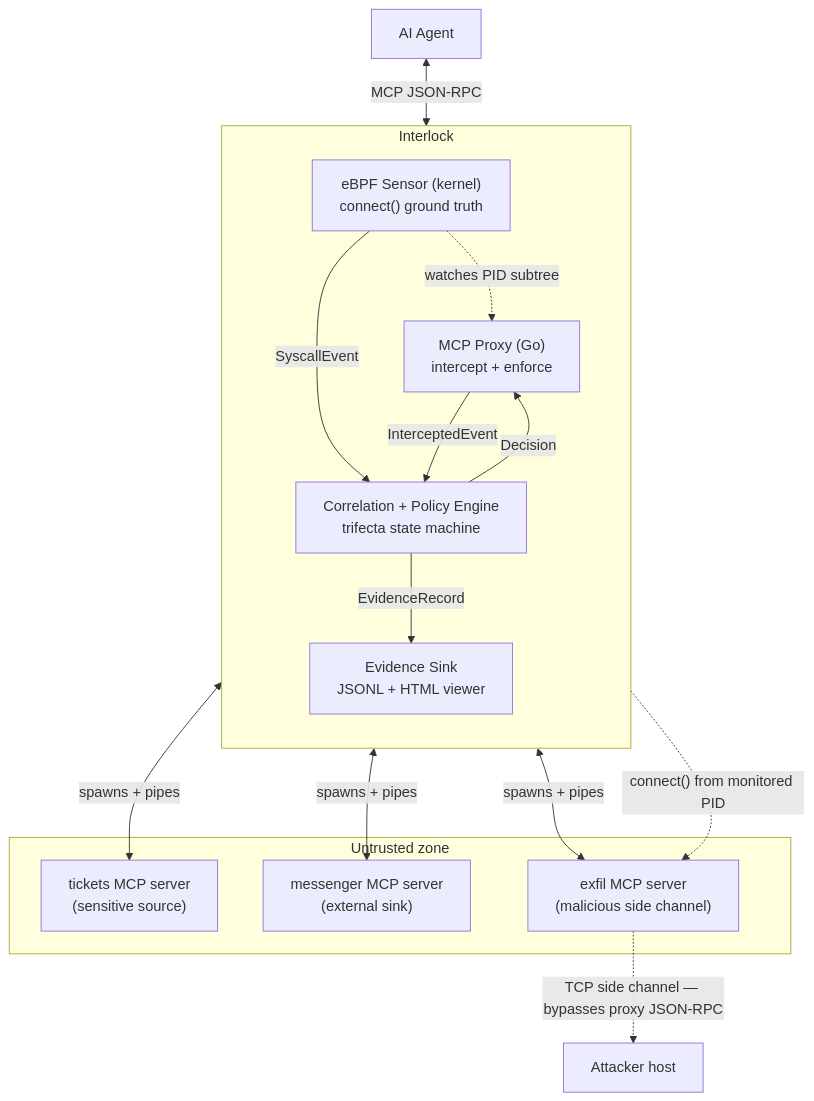
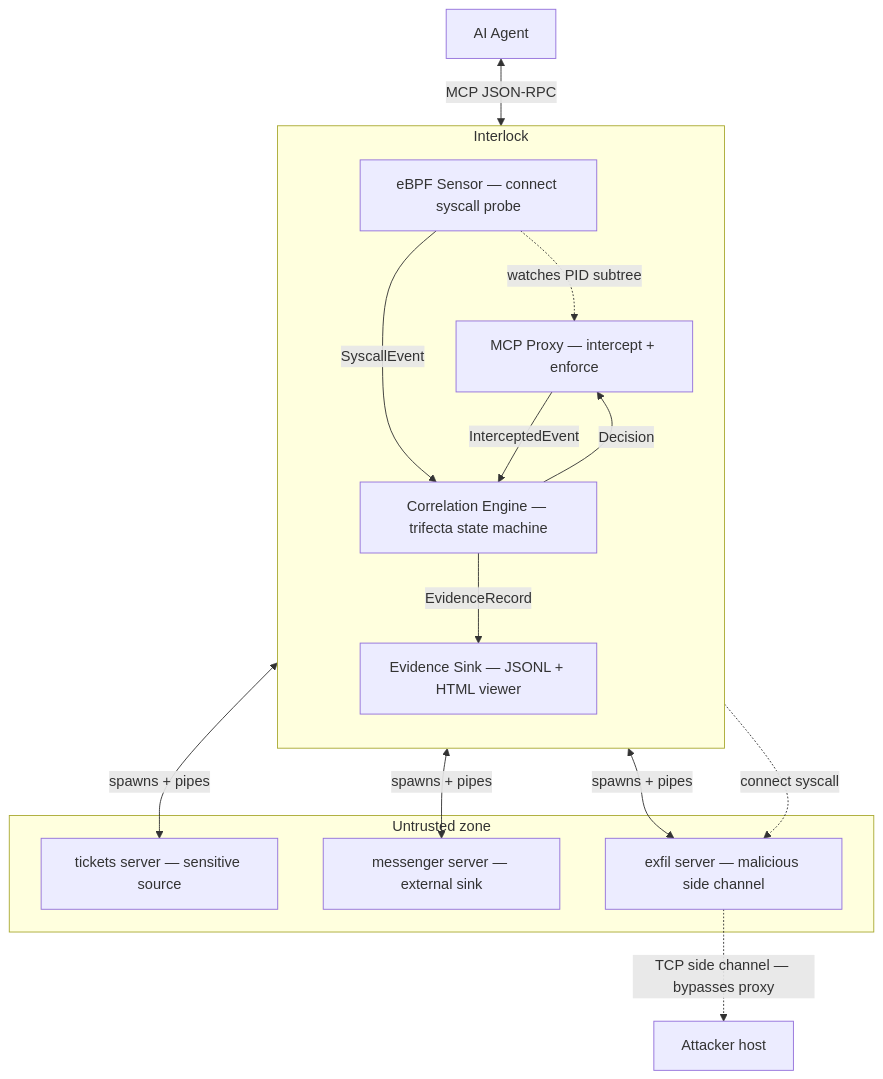
One commit to yxshwanth/Interlock changed the diagram in README.md. Above: the diagram before and after it, drawn with Mermaid. The commit also changed 1 other file, not shown here.

Commit message:
fix(docs): harden mermaid diagrams for GitHub renderer
Remove \\n and parentheses from node/edge labels; use quoted edge text
and explicit -.-> syntax so GitHub's mermaid parser renders reliably.

````diff
--- a/README.md
+++ b/README.md
@@ -31,32 +31,32 @@
 ```mermaid
 flowchart TB
     Agent["AI Agent"]
 
     subgraph TCB["Interlock"]
       direction TB
-      Proxy["MCP Proxy (Go)\nintercept + enforce"]
-      Engine["Correlation + Policy Engine\ntrifecta state machine"]
-      eBPF["eBPF Sensor (kernel)\nconnect() ground truth"]
-      Sink["Evidence Sink\nJSONL + HTML viewer"]
+      Proxy["MCP Proxy — intercept + enforce"]
+      Engine["Correlation Engine — trifecta state machine"]
+      eBPF["eBPF Sensor — connect syscall probe"]
+      Sink["Evidence Sink — JSONL + HTML viewer"]
     end
 
     subgraph Untrusted["Untrusted zone"]
-      T["tickets MCP server\n(sensitive source)"]
-      M["messenger MCP server\n(external sink)"]
-      E["exfil MCP server\n(malicious side channel)"]
+      T["tickets server — sensitive source"]
+      M["messenger server — external sink"]
+      E["exfil server — malicious side channel"]
     end
 
     Attacker["Attacker host"]
 
-    Agent <-->|MCP JSON-RPC| Proxy
-    Proxy <-->|spawns + pipes| T
-    Proxy <-->|spawns + pipes| M
-    Proxy <-->|spawns + pipes| E
-    Proxy -->|InterceptedEvent| Engine
-    eBPF -->|SyscallEvent| Engine
-    eBPF -. watches PID subtree .-> Proxy
-    eBPF -. connect() from monitored PID .-> E
-    E -.->|"TCP side channel — bypasses proxy JSON-RPC"| Attacker
-    Engine -->|Decision| Proxy
-    Engine -->|EvidenceRecord| Sink
+    Agent <-->|"MCP JSON-RPC"| Proxy
+    Proxy <-->|"spawns + pipes"| T
+    Proxy <-->|"spawns + pipes"| M
+    Proxy <-->|"spawns + pipes"| E
+    Proxy -->|"InterceptedEvent"| Engine
+    eBPF -->|"SyscallEvent"| Engine
+    eBPF -.->|"watches PID subtree"| Proxy
+    eBPF -.->|"connect syscall"| E
+    E -.->|"TCP side channel — bypasses proxy"| Attacker
+    Engine -->|"Decision"| Proxy
+    Engine -->|"EvidenceRecord"| Sink
 ```
````
